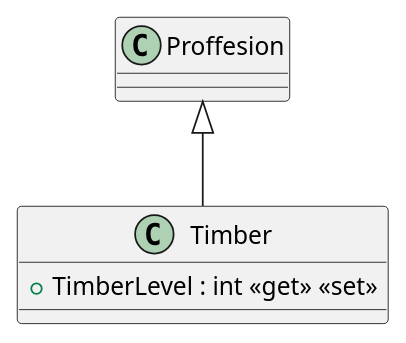
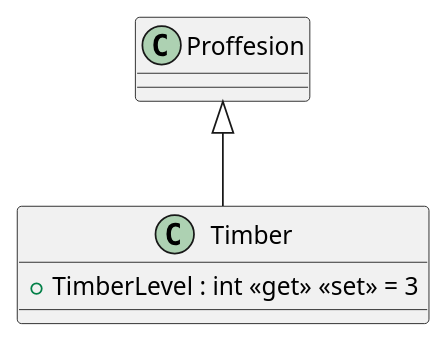
The diagram in UmlSchemas/Models/Professions/Timber.puml (kollibroman/ColonySimulator), drawn with PlantUML before and after one commit. The commit also changed 20 other files, not shown here.

Commit message:
Change object schema and add startup class

```diff
--- a/UmlSchemas/Models/Professions/Timber.puml
+++ b/UmlSchemas/Models/Professions/Timber.puml
@@ -1,6 +1,6 @@
 @startuml
 class Timber {
-    + TimberLevel : int <<get>> <<set>>
+    + TimberLevel : int <<get>> <<set>> = 3
 }
 Proffesion <|-- Timber
 @enduml
```
